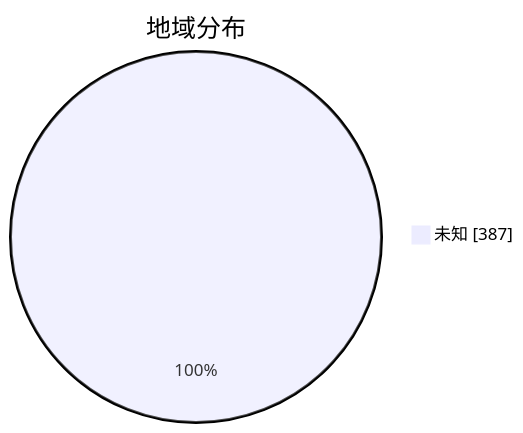
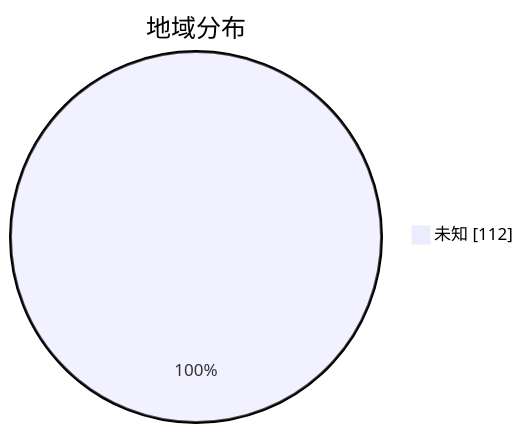
Before and after one commit to qjlxg/airport: the second of 3 diagrams in subs/statistics/tested_within.md, drawn with Mermaid. The commit also changed other lines of this file and 2 other files, not shown here.

````diff
--- a/subs/statistics/tested_within.md
+++ b/subs/statistics/tested_within.md
@@ -14,5 +11,5 @@
 ```mermaid
 pie showData
 title 地域分布
-"未知" : 387
+"未知" : 112
 ```
````
